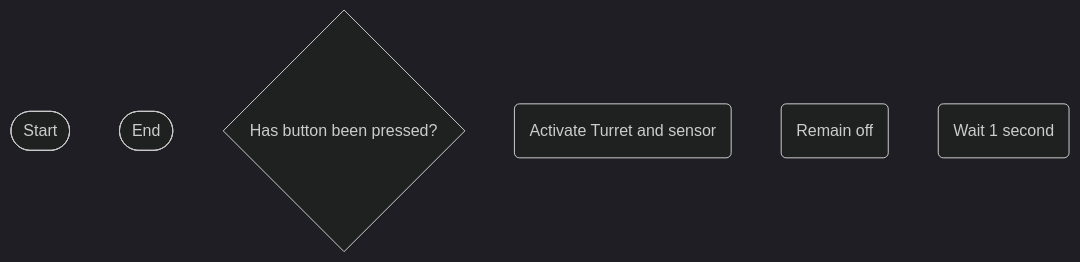
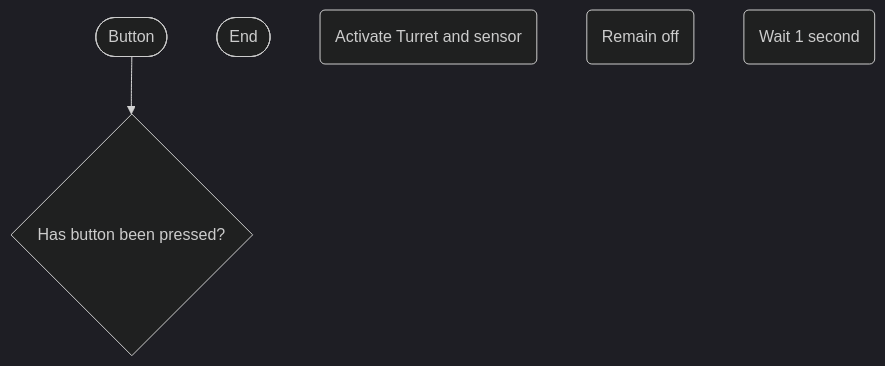
Before and after one commit to Zac2259/Smart-Turret: the diagram in logic.md, drawn with Mermaid (dark theme).

````diff
--- a/logic.md
+++ b/logic.md
@@ -1,9 +1,11 @@
  ```mermaid
  flowchart TD
-terminalStart([Start])
+terminalStart([Button])
  terminalEnd([End])
-hasbuttonbeentriggered{Has button been pressed?}
+Buttontrigger{Has button been pressed?}
 activateturret(Activate Turret and sensor)
 remainoff(Remain off)
 loop(Wait 1 second)
+
+terminalStart --> Buttontrigger
  ```
````
